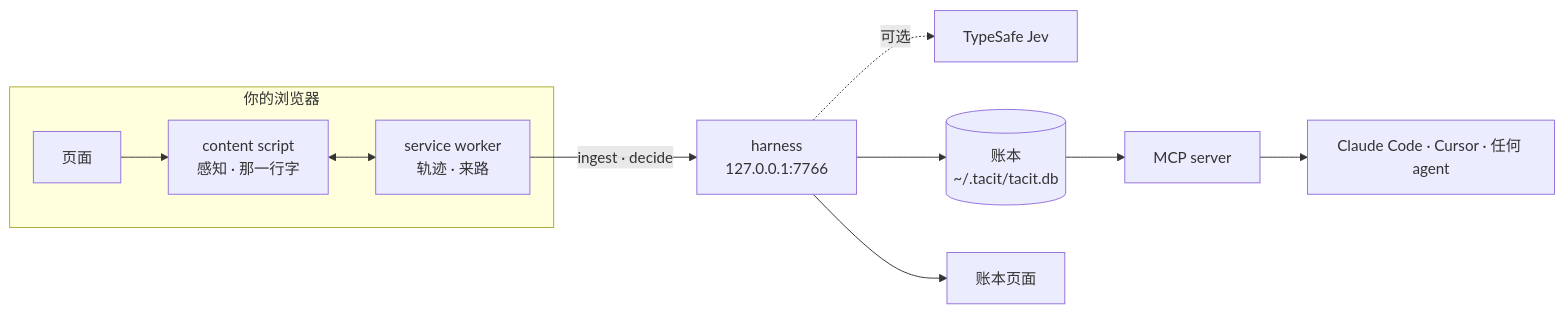
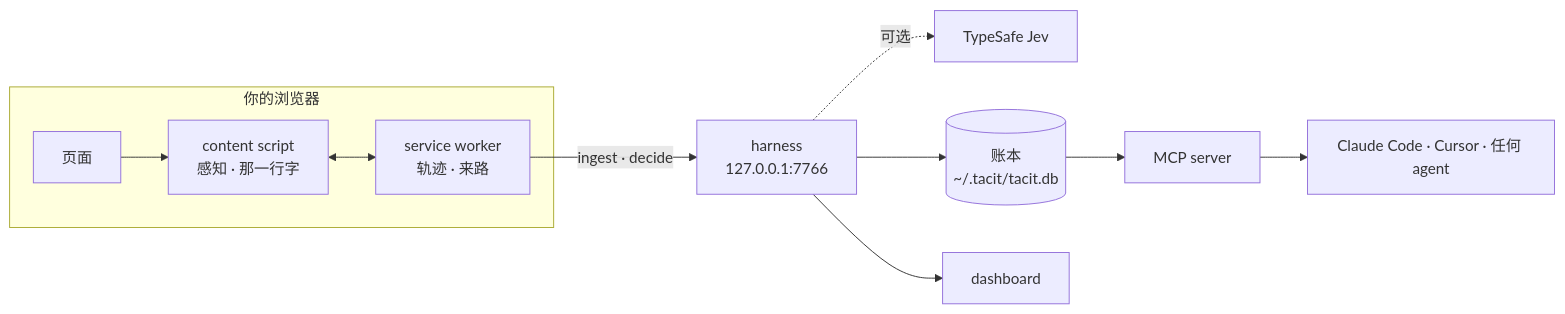
One commit to wujiajunhahah/tacit changed the diagram in README.zh-CN.md. Above: the diagram before and after it, drawn with Mermaid. The commit also changed other lines of this file and 104 other files, not shown here.

First line of the commit message:
Reading attention, X timelines, calibration and the context library

````diff
--- a/README.zh-CN.md
+++ b/README.zh-CN.md
@@ -145,13 +148,13 @@
 ```mermaid
 flowchart LR
   subgraph browser["你的浏览器"]
     page["页面"] --> cs["content script<br/>感知 · 那一行字"]
     cs <--> sw["service worker<br/>轨迹 · 来路"]
   end
   sw -->|ingest · decide| harness["harness<br/>127.0.0.1:7766"]
   harness -.->|可选| jev["TypeSafe Jev"]
   harness --> ledger[("账本<br/>~/.tacit/tacit.db")]
-  harness --> ui["账本页面"]
+  harness --> ui["dashboard"]
   ledger --> mcp["MCP server"]
   mcp --> agents["Claude Code · Cursor · 任何 agent"]
 ```
````
